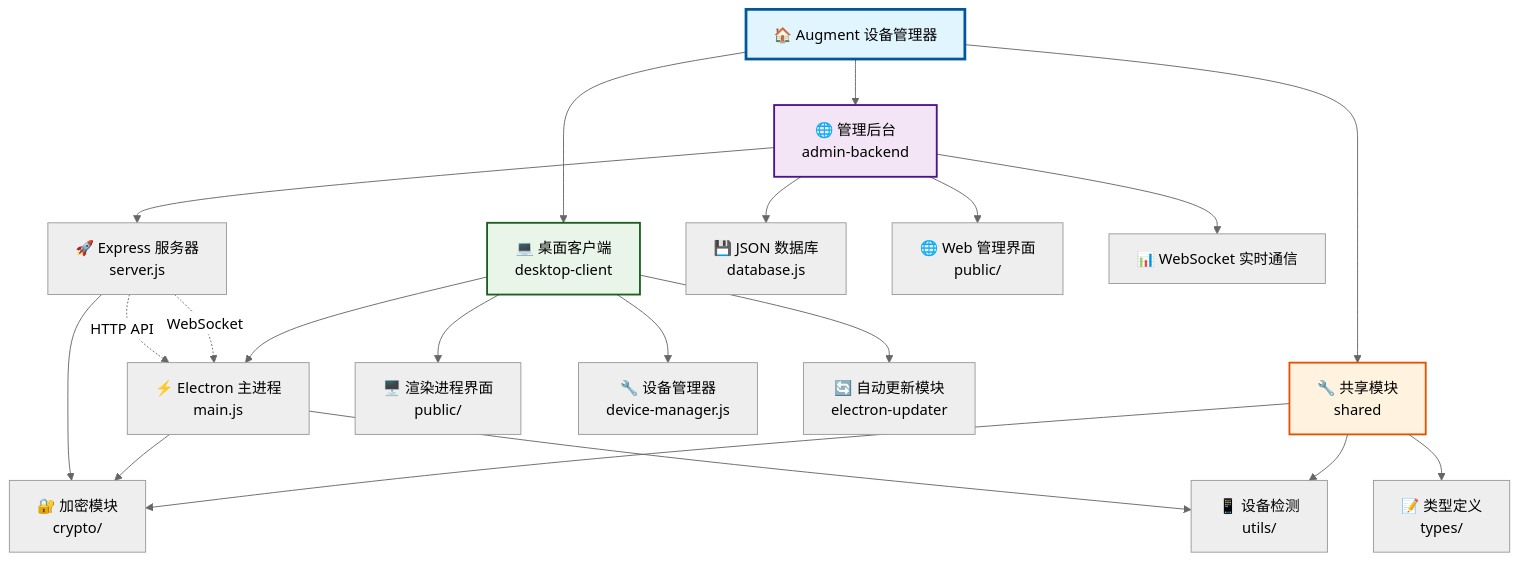
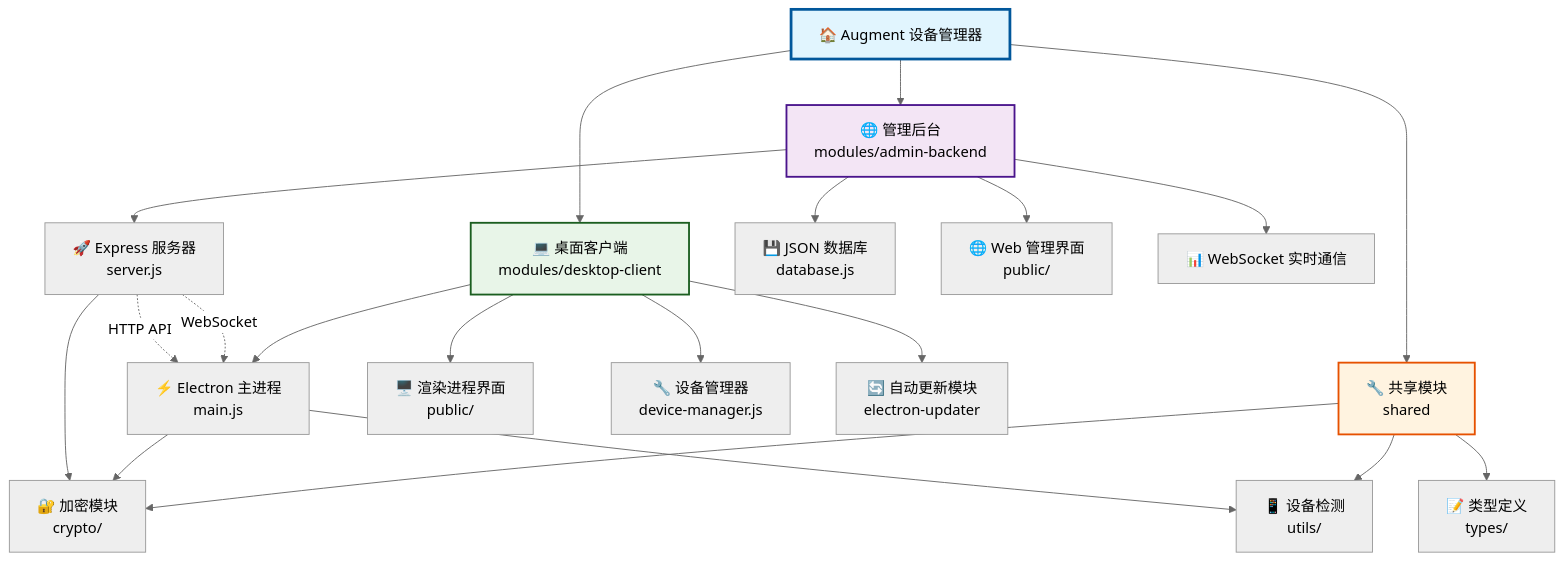
The second of 4 diagrams in README.md (Huo-zai-feng-lang-li/augment-device-manager), drawn with Mermaid (neutral theme) before and after one commit. The commit also changed other lines of this file and 171 other files, not shown here.

````diff
--- a/README.md
+++ b/README.md
@@ -68,31 +68,31 @@
 ```mermaid
 graph TD
-    A[🏠 Augment 设备管理器] --> B[🌐 管理后台<br/>admin-backend]
-    A --> C[💻 桌面客户端<br/>desktop-client]
+    A[🏠 Augment 设备管理器] --> B[🌐 管理后台<br/>modules/admin-backend]
+    A --> C[💻 桌面客户端<br/>modules/desktop-client]
     A --> D[🔧 共享模块<br/>shared]
 
     B --> B1[🚀 Express 服务器<br/>server.js]
     B --> B2[💾 JSON 数据库<br/>database.js]
     B --> B3[🌐 Web 管理界面<br/>public/]
     B --> B4[📊 WebSocket 实时通信]
 
     C --> C1[⚡ Electron 主进程<br/>main.js]
     C --> C2[🖥️ 渲染进程界面<br/>public/]
     C --> C3[🔧 设备管理器<br/>device-manager.js]
     C --> C4[🔄 自动更新模块<br/>electron-updater]
 
     D --> D1[🔐 加密模块<br/>crypto/]
     D --> D2[📱 设备检测<br/>utils/]
     D --> D3[📝 类型定义<br/>types/]
 
     B1 -.->|WebSocket| C1
     B1 -.->|HTTP API| C1
     C1 --> D1
     C1 --> D2
     B1 --> D1
 
     style A fill:#e1f5fe,stroke:#01579b,stroke-width:3px
     style B fill:#f3e5f5,stroke:#4a148c,stroke-width:2px
     style C fill:#e8f5e8,stroke:#1b5e20,stroke-width:2px
     style D fill:#fff3e0,stroke:#e65100,stroke-width:2px
 ```
````
